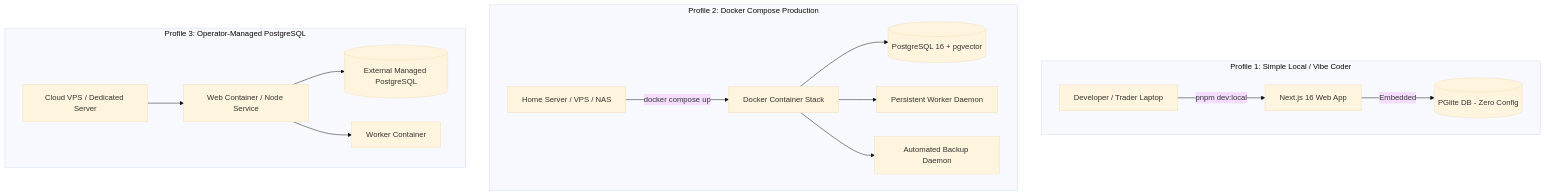
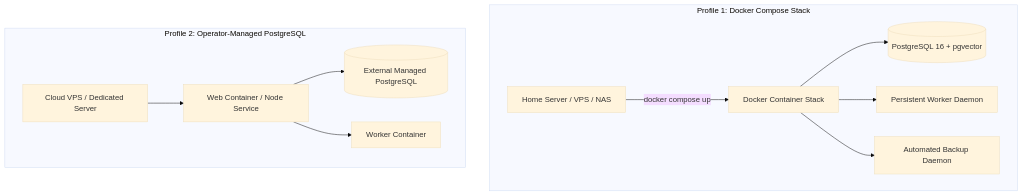
The first of 2 diagrams in README.md (HamaFx/Kestrel), drawn with Mermaid (base theme) before and after one commit. The commit also changed other lines of this file and 137 other files, not shown here.

````diff
--- a/README.md
+++ b/README.md
@@ -149,20 +129,15 @@
 ```mermaid
 graph TD
-    subgraph Profile 1: Simple Local / Vibe Coder
-        A1[Developer / Trader Laptop] -->|pnpm dev:local| B1[Next.js 16 Web App]
-        B1 -->|Embedded| C1[(PGlite DB - Zero Config)]
+    subgraph Profile 1: Docker Compose Stack
+        A1[Home Server / VPS / NAS] -->|docker compose up| B1[Docker Container Stack]
+        B1 --> C1[(PostgreSQL 16 + pgvector)]
+        B1 --> D1[Persistent Worker Daemon]
+        B1 --> E1[Automated Backup Daemon]
     end
 
-    subgraph Profile 2: Docker Compose Production
-        A2[Home Server / VPS / NAS] -->|docker compose up| B2[Docker Container Stack]
-        B2 --> C2[(PostgreSQL 16 + pgvector)]
-        B2 --> D2[Persistent Worker Daemon]
-        B2 --> E2[Automated Backup Daemon]
-    end
-
-    subgraph Profile 3: Operator-Managed PostgreSQL
-        A3[Cloud VPS / Dedicated Server] --> B3[Web Container / Node Service]
-        B3 --> C3[(External Managed PostgreSQL)]
-        B3 --> D3[Worker Container]
+    subgraph Profile 2: Operator-Managed PostgreSQL
+        A2[Cloud VPS / Dedicated Server] --> B2[Web Container / Node Service]
+        B2 --> C2[(External Managed PostgreSQL)]
+        B2 --> D2[Worker Container]
     end
 ```
````
